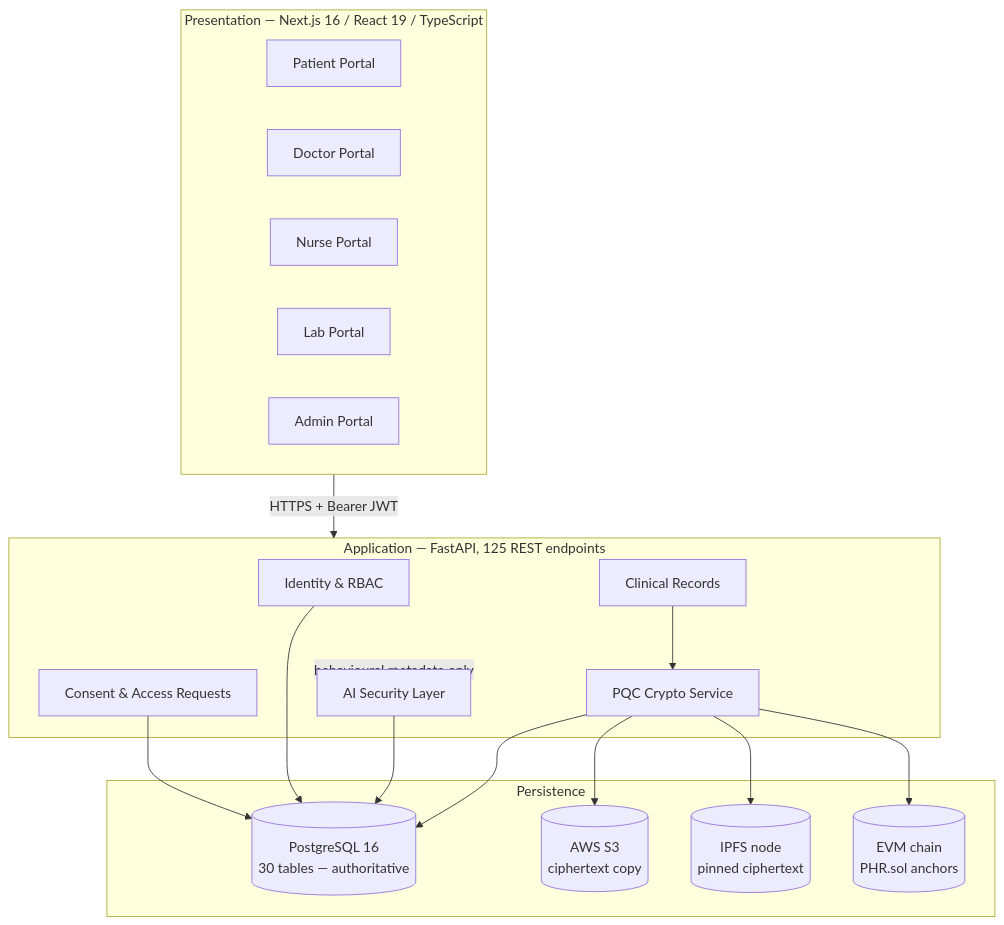
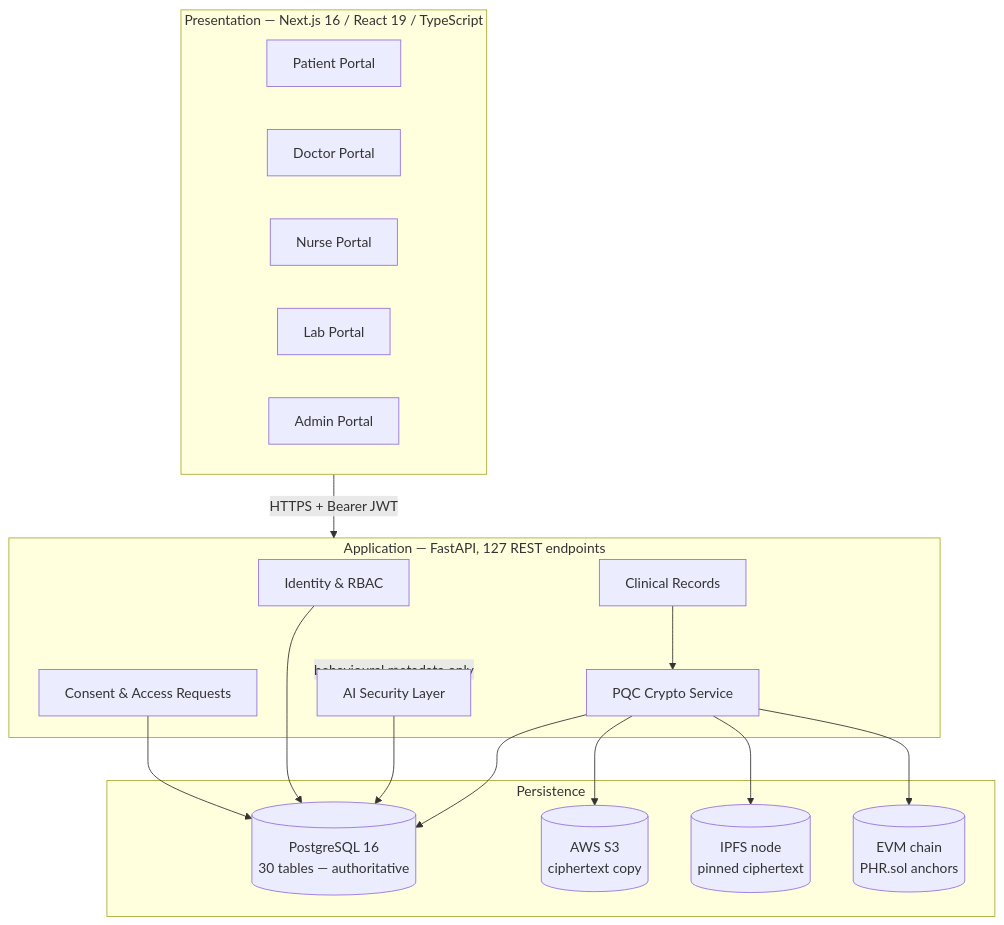
The diagram in docs/1_Architecture_Proof.md (YellaReddyKaluvai/post-quantum-blockchain-phr-security), drawn with Mermaid before and after one commit. The commit also changed other lines of this file and 24 other files, not shown here.

````diff
--- a/docs/1_Architecture_Proof.md
+++ b/docs/1_Architecture_Proof.md
@@ -10,36 +10,36 @@
 ```mermaid
 flowchart TB
     subgraph Client["Presentation — Next.js 16 / React 19 / TypeScript"]
         P[Patient Portal]
         D[Doctor Portal]
         N[Nurse Portal]
         L[Lab Portal]
         A[Admin Portal]
     end
 
-    subgraph API["Application — FastAPI, 125 REST endpoints"]
+    subgraph API["Application — FastAPI, 127 REST endpoints"]
         AUTH[Identity &amp; RBAC]
         CONSENT[Consent &amp; Access Requests]
         CLIN[Clinical Records]
         CRYPTO[PQC Crypto Service]
         AI[AI Security Layer]
     end
 
     subgraph Data["Persistence"]
         PG[(PostgreSQL 16<br/>30 tables — authoritative)]
         S3[(AWS S3<br/>ciphertext copy)]
         IPFS[(IPFS node<br/>pinned ciphertext)]
         CHAIN[(EVM chain<br/>PHR.sol anchors)]
     end
 
     Client -->|HTTPS + Bearer JWT| API
     AUTH --> PG
     CONSENT --> PG
     CLIN --> CRYPTO
     CRYPTO --> PG
     CRYPTO --> S3
     CRYPTO --> IPFS
     CRYPTO --> CHAIN
     API -.->|behavioural metadata only| AI
     AI --> PG
 ```
````
